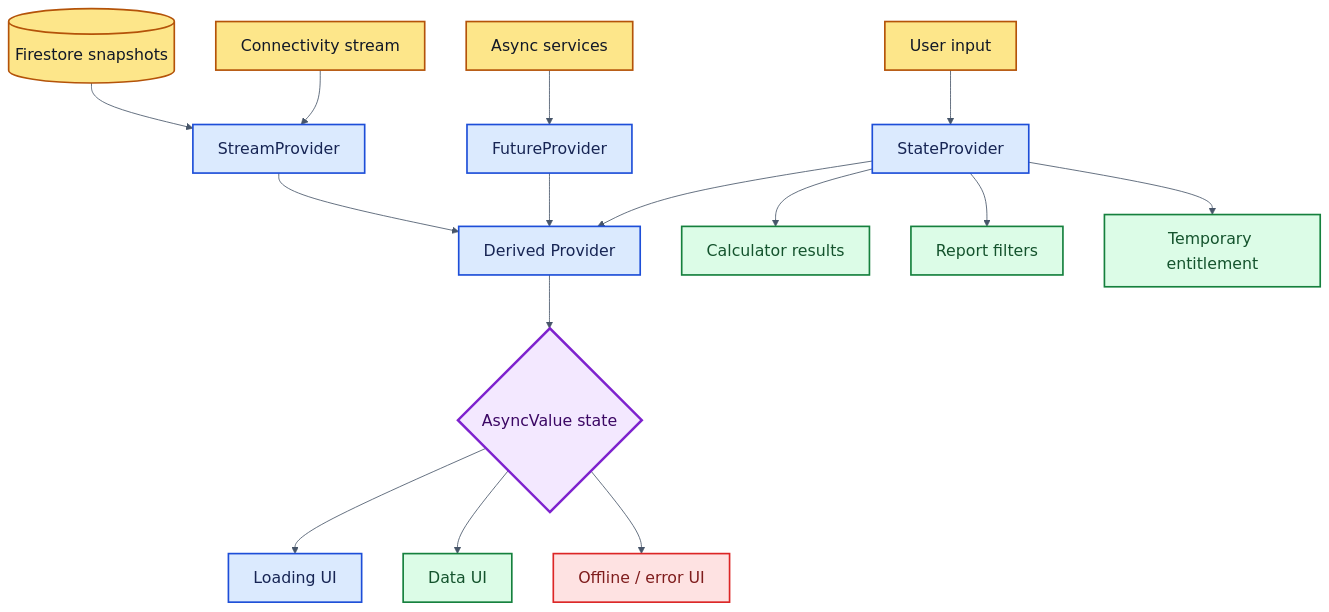
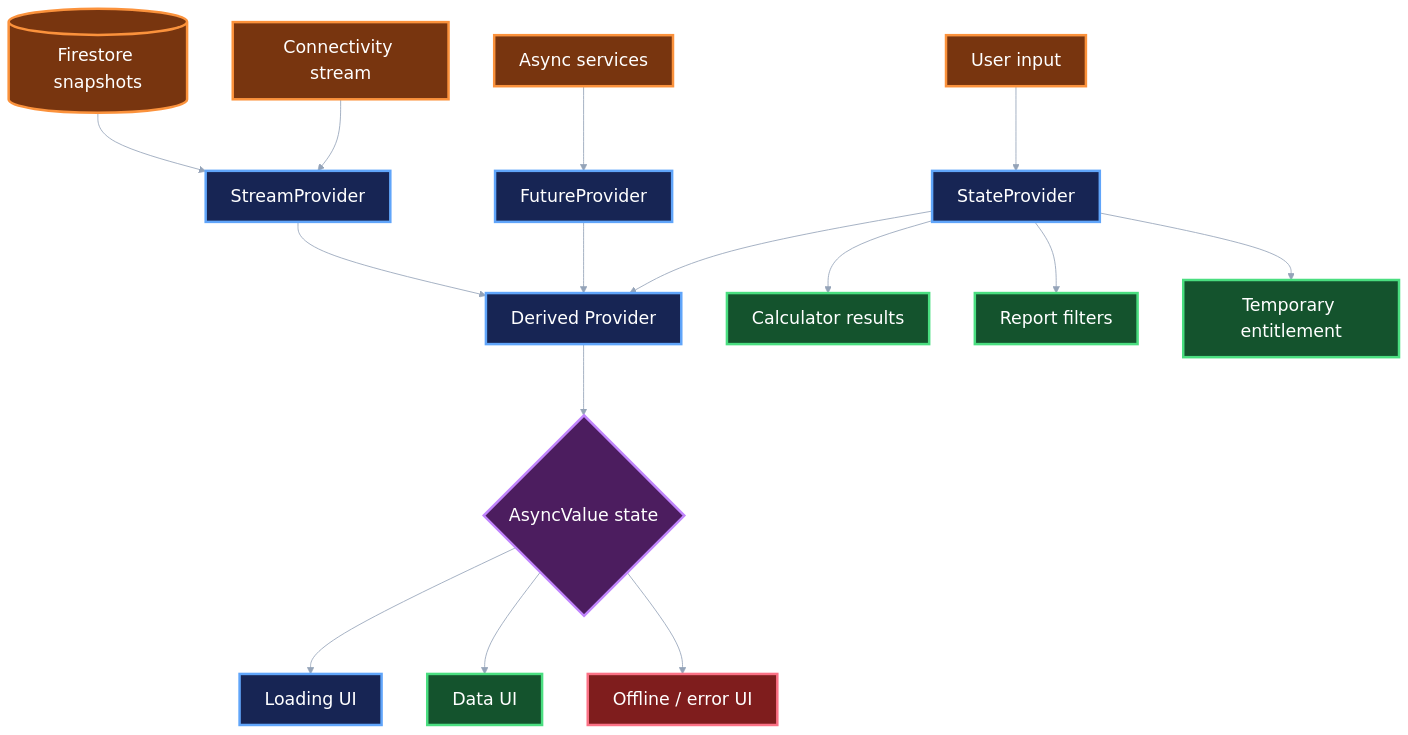
Before and after one commit to Rihabz1/Swarnakar: the sixth of 8 diagrams in README.md, drawn with Mermaid. The commit also changed other lines of this file and 32 other files, not shown here.

```diff
--- a/README.md
+++ b/README.md
@@ -408,33 +425,33 @@
 ~~~mermaid
-%%{init: {"theme":"base","themeVariables":{"darkMode":false,"background":"#FFFFFF","fontSize":"19px","fontFamily":"Arial","textColor":"#111827","primaryTextColor":"#111827","secondaryTextColor":"#111827","tertiaryTextColor":"#111827","lineColor":"#475569","edgeLabelBackground":"#FFFFFF","clusterTextColor":"#111827","titleColor":"#111827"}}}%%
+%%{init: {"theme":"base","flowchart":{"curve":"basis","nodeSpacing":55,"rankSpacing":70},"themeVariables":{"background":"#0D1117","fontSize":"21px","fontFamily":"Arial","textColor":"#F8FAFC","primaryTextColor":"#F8FAFC","secondaryTextColor":"#F8FAFC","tertiaryTextColor":"#F8FAFC","lineColor":"#94A3B8","edgeLabelBackground":"#111827","clusterTextColor":"#F8FAFC"}}}%%
 flowchart TB
     Firestore[("Firestore snapshots")] --> Streams["StreamProvider"]
     Connectivity["Connectivity stream"] --> Streams
     Services["Async services"] --> Futures["FutureProvider"]
     Inputs["User input"] --> State["StateProvider"]
 
     Streams --> Derived["Derived Provider"]
     Futures --> Derived
     State --> Derived
 
     Derived --> AsyncValue{"AsyncValue state"}
     AsyncValue --> Loading["Loading UI"]
     AsyncValue --> Data["Data UI"]
     AsyncValue --> Error["Offline / error UI"]
 
     State --> Calc["Calculator results"]
     State --> Filter["Report filters"]
     State --> Entitlement["Temporary entitlement"]
 
-    classDef source fill:#FDE68A,stroke:#B45309,color:#111827,stroke-width:2px;
-    classDef provider fill:#DBEAFE,stroke:#1D4ED8,color:#172554,stroke-width:2px;
-    classDef decision fill:#F3E8FF,stroke:#7E22CE,color:#3B0764,stroke-width:3px;
-    classDef success fill:#DCFCE7,stroke:#15803D,color:#14532D,stroke-width:2px;
-    classDef failure fill:#FEE2E2,stroke:#DC2626,color:#7F1D1D,stroke-width:2px;
+    classDef source fill:#78350F,stroke:#FB923C,color:#FFFFFF,stroke-width:3px;
+    classDef provider fill:#172554,stroke:#60A5FA,color:#FFFFFF,stroke-width:3px;
+    classDef decision fill:#4C1D5F,stroke:#C084FC,color:#FFFFFF,stroke-width:3px;
+    classDef success fill:#14532D,stroke:#4ADE80,color:#FFFFFF,stroke-width:3px;
+    classDef failure fill:#7F1D1D,stroke:#FB7185,color:#FFFFFF,stroke-width:3px;
     class Firestore,Connectivity,Services,Inputs source;
     class Streams,Futures,State,Derived provider;
     class AsyncValue decision;
     class Data,Calc,Filter,Entitlement success;
     class Loading provider;
     class Error failure;
 ~~~
```
